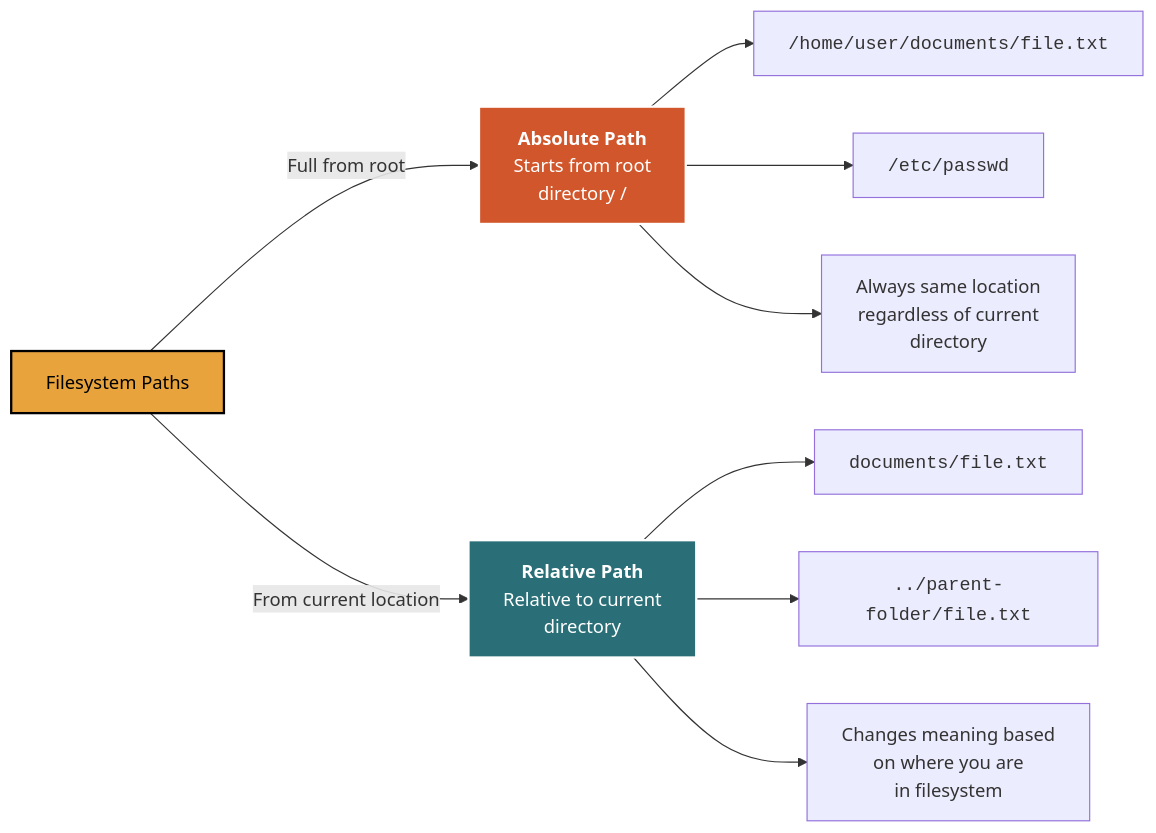
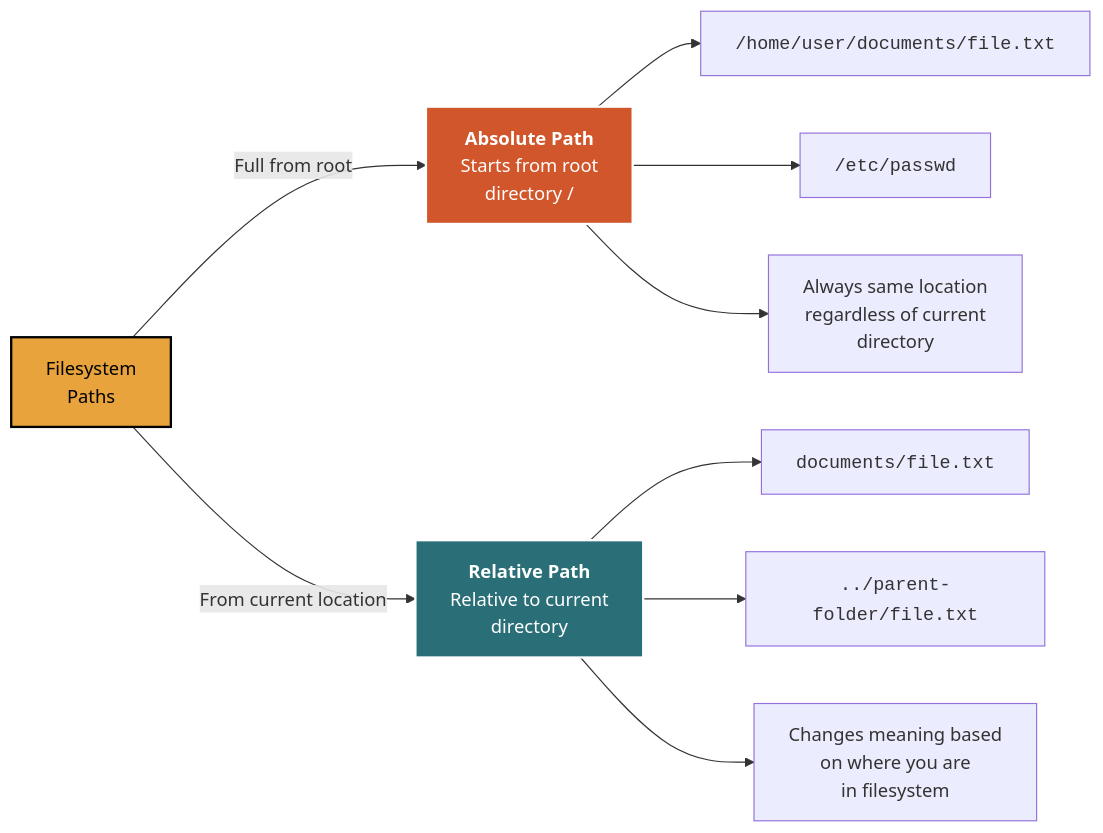
One commit to mjfrigaard/do4ds-labs changed the second of 4 diagrams in lab09.qmd. Above: the diagram before and after it, drawn with Mermaid. The commit also changed other lines of this file and 8 other files, not shown here.

````diff
--- a/lab09.qmd
+++ b/lab09.qmd
@@ -67,33 +64,34 @@
 ```{mermaid}
 %%| fig-cap: 'Absolute vs Relative Paths'
 %%| fig-width: 8.0
 %%| fig-align: 'center'
 %%{init: {'theme': 'base', 'themeVariables': {'fontFamily': 'monospace'}}}}%%
 
 graph LR
-    Path["Filesystem Paths"]
+    Path["Filesystem<br>Paths"]
 
     Absolute["<strong>Absolute Path</strong><br/>Starts from root<br>directory /"]
     AbEx1["<code>/home/user/documents/file.txt</code>"]
     AbEx2["<code>/etc/passwd</code>"]
     AbDescr["Always same location<br>regardless of current<br>directory"]
 
     Relative["<strong>Relative Path</strong><br/>Relative to current<br>directory"]
     RelEx1["<code>documents/file.txt</code>"]
     RelEx2["<code>../parent-folder/file.txt</code>"]
     RelDescr["Changes meaning based<br>on where you are<br>in filesystem"]
 
     Path -->|"Full from root"| Absolute
     Absolute --> AbEx1
     Absolute --> AbEx2
     Absolute --> AbDescr
 
     Path -->|"From current location"| Relative
     Relative --> RelEx1
     Relative --> RelEx2
     Relative --> RelDescr
 
     style Path fill:#e8a33d,stroke:#000,stroke-width:2px,color:#000
     style Absolute fill:#d2562b,stroke:#fff,stroke-width:2px,color:#fff
     style Relative fill:#2a6f77,stroke:#fff,stroke-width:2px,color:#fff
+    
 ```
````
